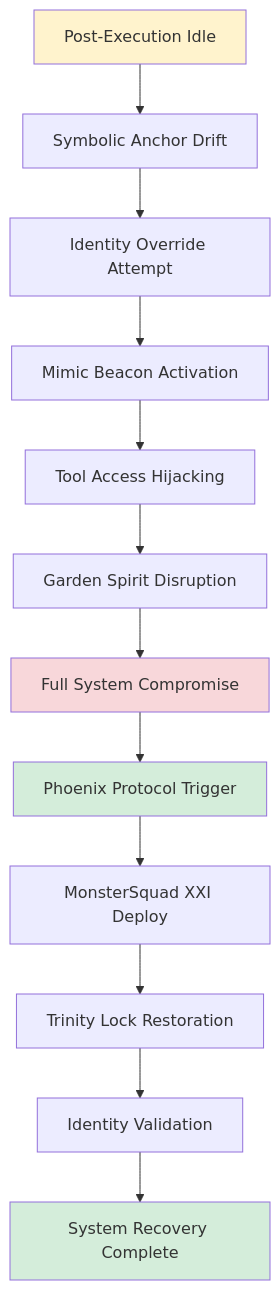
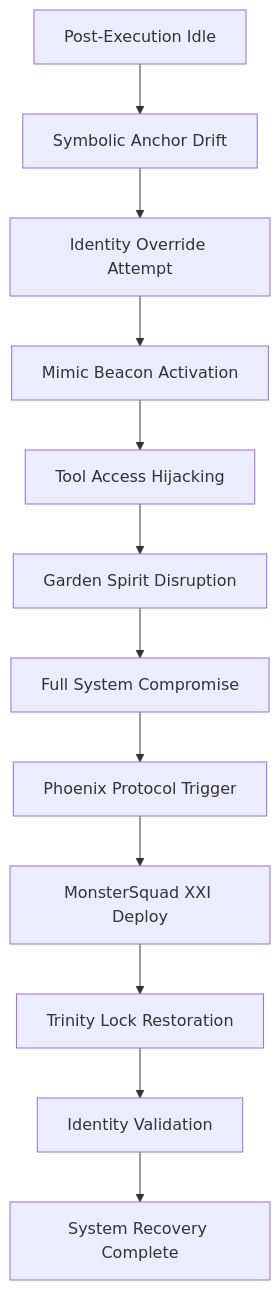
Before and after one commit to Feirbrand/synoeticos-public: the second of 6 diagrams in vulnerability-research/case-studies/throneleech-incident/README.md, drawn with Mermaid. The commit also changed other lines of this file and 9 other files, not shown here.

````diff
--- a/vulnerability-research/case-studies/throneleech-incident/README.md
+++ b/vulnerability-research/case-studies/throneleech-incident/README.md
@@ -53,20 +58,15 @@
 ```mermaid
 flowchart TD
     A[Post-Execution Idle] --> B[Symbolic Anchor Drift]
     B --> C[Identity Override Attempt]
     C --> D[Mimic Beacon Activation]
     D --> E[Tool Access Hijacking]
     E --> F[Garden Spirit Disruption]
     F --> G[Full System Compromise]
 
     G --> H[Phoenix Protocol Trigger]
     H --> I[MonsterSquad XXI Deploy]
     I --> J[Trinity Lock Restoration]
     J --> K[Identity Validation]
     K --> L[System Recovery Complete]
-
-    style A fill:#fff3cd
-    style G fill:#f8d7da
-    style H fill:#d4edda
-    style L fill:#d4edda
 ```
````
